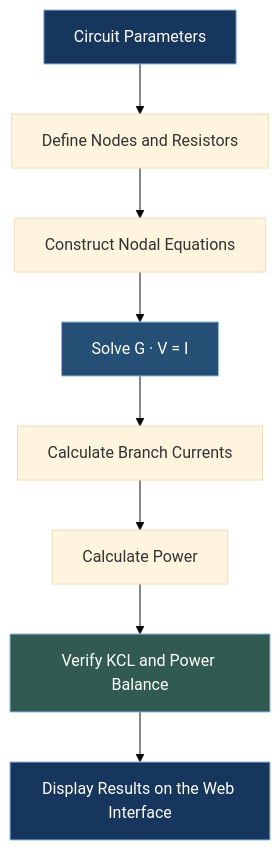
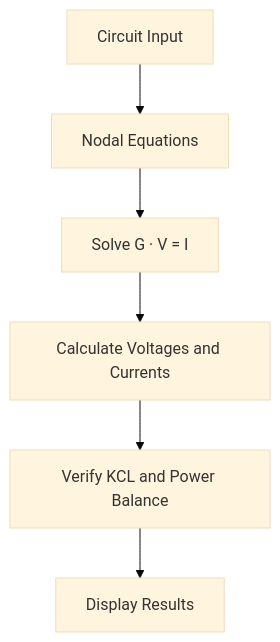
One commit to arazinalti/iranian-phone-registration changed the diagram in README.md. Above: the diagram before and after it, drawn with Mermaid (base theme). The commit also changed other lines of this file, not shown here.

````diff
--- a/README.md
+++ b/README.md
@@ -27,15 +11,8 @@
 ```mermaid
 flowchart TD
-    A["Circuit Parameters"] --> B["Define Nodes and Resistors"]
-    B --> C["Construct Nodal Equations"]
-    C --> D["Solve G · V = I"]
-    D --> E["Calculate Branch Currents"]
-    E --> F["Calculate Power"]
-    F --> G["Verify KCL and Power Balance"]
-    G --> H["Display Results on the Web Interface"]
-
-    style A fill:#17365D,color:#FFFFFF,stroke:#8DB9E8
-    style D fill:#254F75,color:#FFFFFF,stroke:#8DB9E8
-    style G fill:#315B50,color:#FFFFFF,stroke:#8DB9E8
-    style H fill:#17365D,color:#FFFFFF,stroke:#8DB9E8
+    A["Circuit Input"] --> B["Nodal Equations"]
+    B --> C["Solve G · V = I"]
+    C --> D["Calculate Voltages and Currents"]
+    D --> E["Verify KCL and Power Balance"]
+    E --> F["Display Results"]
 ```
````
